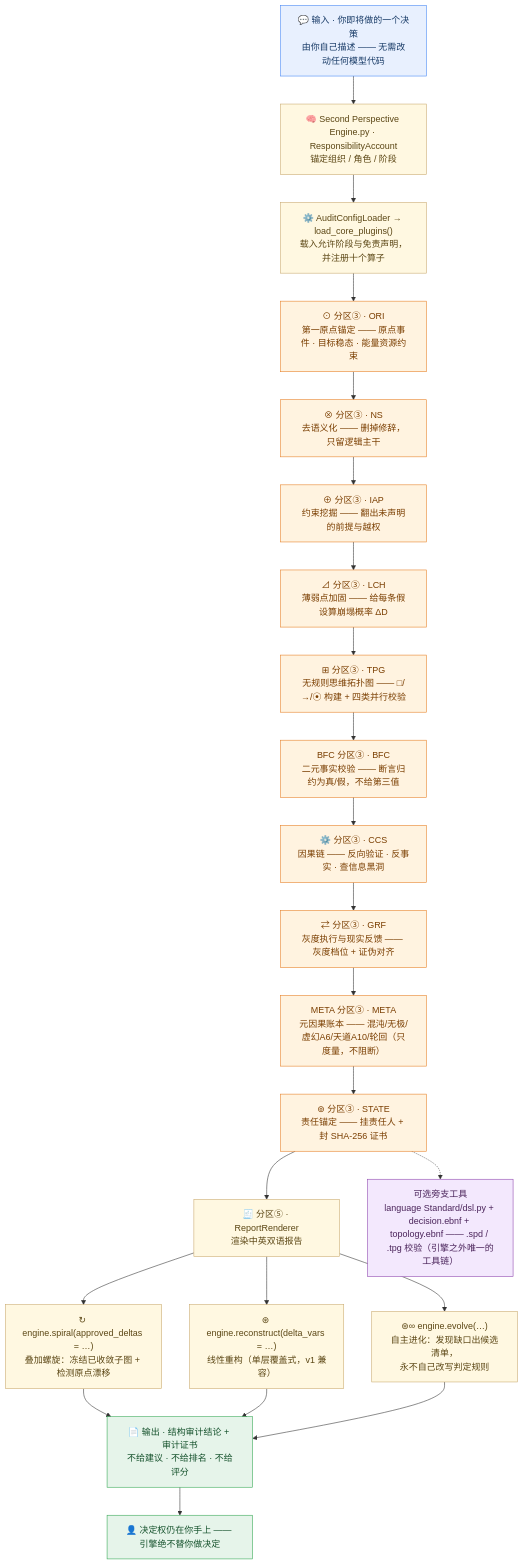
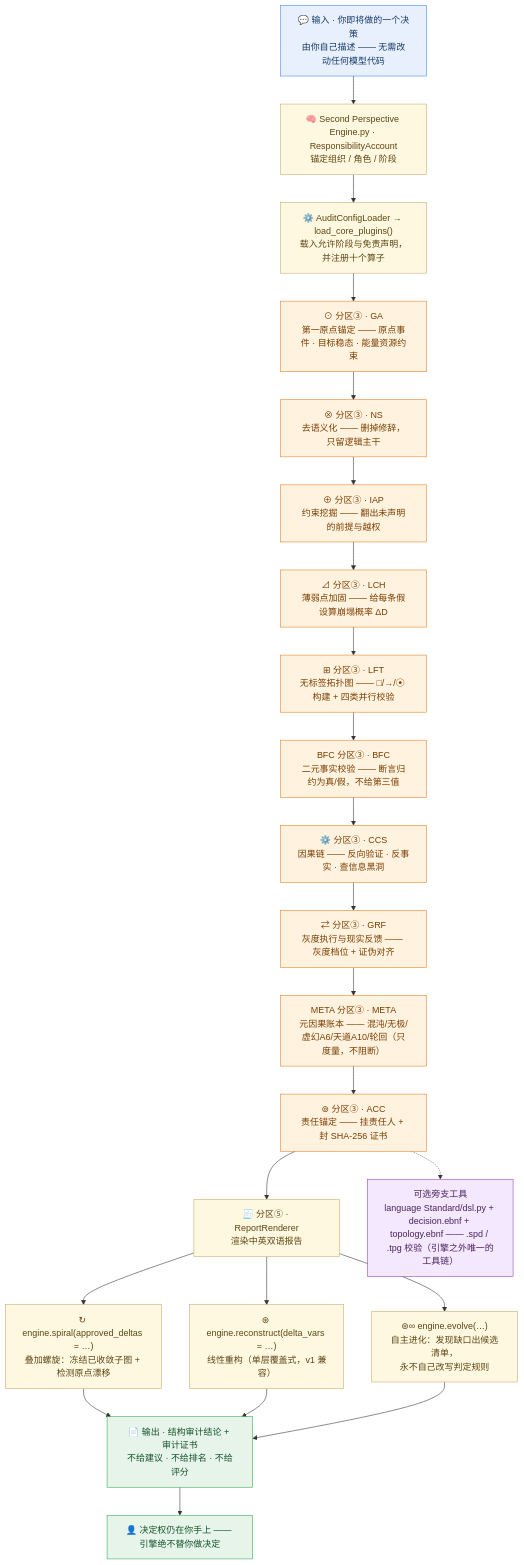
One commit to NOHN-AI/second-perspective changed the diagram in README-zh.md. Above: the diagram before and after it, drawn with Mermaid. The commit also changed other lines of this file and 16 other files, not shown here.

````diff
--- a/README-zh.md
+++ b/README-zh.md
@@ -48,61 +48,61 @@
 ```mermaid
 flowchart TB
     IN["💬 输入 · 你即将做的一个决策<br/>由你自己描述 —— 无需改动任何模型代码"]
 
     E1["🧠 Second Perspective Engine.py · ResponsibilityAccount<br/>锚定组织 / 角色 / 阶段"]
     E2["⚙️ AuditConfigLoader → load_core_plugins()<br/>载入允许阶段与免责声明，<br/>并注册十个算子"]
 
-    A0["⊙ 分区③ · ORI<br/>第一原点锚定 —— 原点事件 · 目标稳态 · 能量资源约束"]
+    A0["⊙ 分区③ · GA<br/>第一原点锚定 —— 原点事件 · 目标稳态 · 能量资源约束"]
     A1["⊗ 分区③ · NS<br/>去语义化 —— 删掉修辞，只留逻辑主干"]
     A2["⊕ 分区③ · IAP<br/>约束挖掘 —— 翻出未声明的前提与越权"]
     A3["⊿ 分区③ · LCH<br/>薄弱点加固 —— 给每条假设算崩塌概率 ΔD"]
-    A6["⊞ 分区③ · TPG<br/>无规则思维拓扑图 —— □/→/⦿ 构建 + 四类并行校验"]
+    A6["⊞ 分区③ · LFT<br/>无标签拓扑图 —— □/→/⦿ 构建 + 四类并行校验"]
     A8["BFC 分区③ · BFC<br/>二元事实校验 —— 断言归约为真/假，不给第三值"]
     A4["⚙️ 分区③ · CCS<br/>因果链 —— 反向验证 · 反事实 · 查信息黑洞"]
     A7["⇄ 分区③ · GRF<br/>灰度执行与现实反馈 —— 灰度档位 + 证伪对齐"]
     A9["META 分区③ · META<br/>元因果账本 —— 混沌/无极/虚幻A6/天道A10/轮回（只度量，不阻断）"]
-    A5["⊚ 分区③ · STATE<br/>责任锚定 —— 挂责任人 + 封 SHA-256 证书"]
+    A5["⊚ 分区③ · ACC<br/>责任锚定 —— 挂责任人 + 封 SHA-256 证书"]
 
     R["🧾 分区⑤ · ReportRenderer<br/>渲染中英双语报告"]
     RC["↻ engine.spiral(approved_deltas = …)<br/>叠加螺旋：冻结已收敛子图 + 检测原点漂移"]
     RC2["⊛ engine.reconstruct(delta_vars = …)<br/>线性重构（单层覆盖式，v1 兼容）"]
     RC3["⊛∞ engine.evolve(…)<br/>自主进化：发现缺口出候选清单，<br/>永不自己改写判定规则"]
 
     SIDE["可选旁支工具<br/>language Standard/dsl.py + decision.ebnf + topology.ebnf —— .spd / .tpg 校验（引擎之外唯一的工具链）"]
 
     OUT["📄 输出 · 结构审计结论 + 审计证书<br/>不给建议 · 不给排名 · 不给评分"]
     HUMAN["👤 决定权仍在你手上 —— 引擎绝不替你做决定"]
 
     IN --> E1
     E1 --> E2
     E2 --> A0
     A0 --> A1
     A1 --> A2
     A2 --> A3
     A3 --> A6
     A6 --> A8
     A8 --> A4
     A4 --> A7
     A7 --> A9
     A9 --> A5
     A5 --> R
     R --> RC
     R --> RC2
     R --> RC3
     RC --> OUT
     RC2 --> OUT
     RC3 --> OUT
     OUT --> HUMAN
     A5 -.-> SIDE
 
     classDef cIn fill:#E8F0FE,stroke:#4285F4,stroke-width:1px,color:#173A66
     classDef cEng fill:#FFF8E1,stroke:#C9A96E,stroke-width:1px,color:#5B4614
     classDef cOp fill:#FFF3E0,stroke:#E67E22,stroke-width:1px,color:#7A3E00
     classDef cSide fill:#F3E8FD,stroke:#8E44AD,stroke-width:1px,color:#4A235A
     classDef cOut fill:#E6F4EA,stroke:#34A853,stroke-width:1px,color:#14512B
     class IN cIn
     class E1,E2,R,RC,RC2,RC3 cEng
     class A0,A1,A2,A3,A4,A5,A6,A7,A8,A9 cOp
     class SIDE cSide
     class OUT,HUMAN cOut
 ```
````
